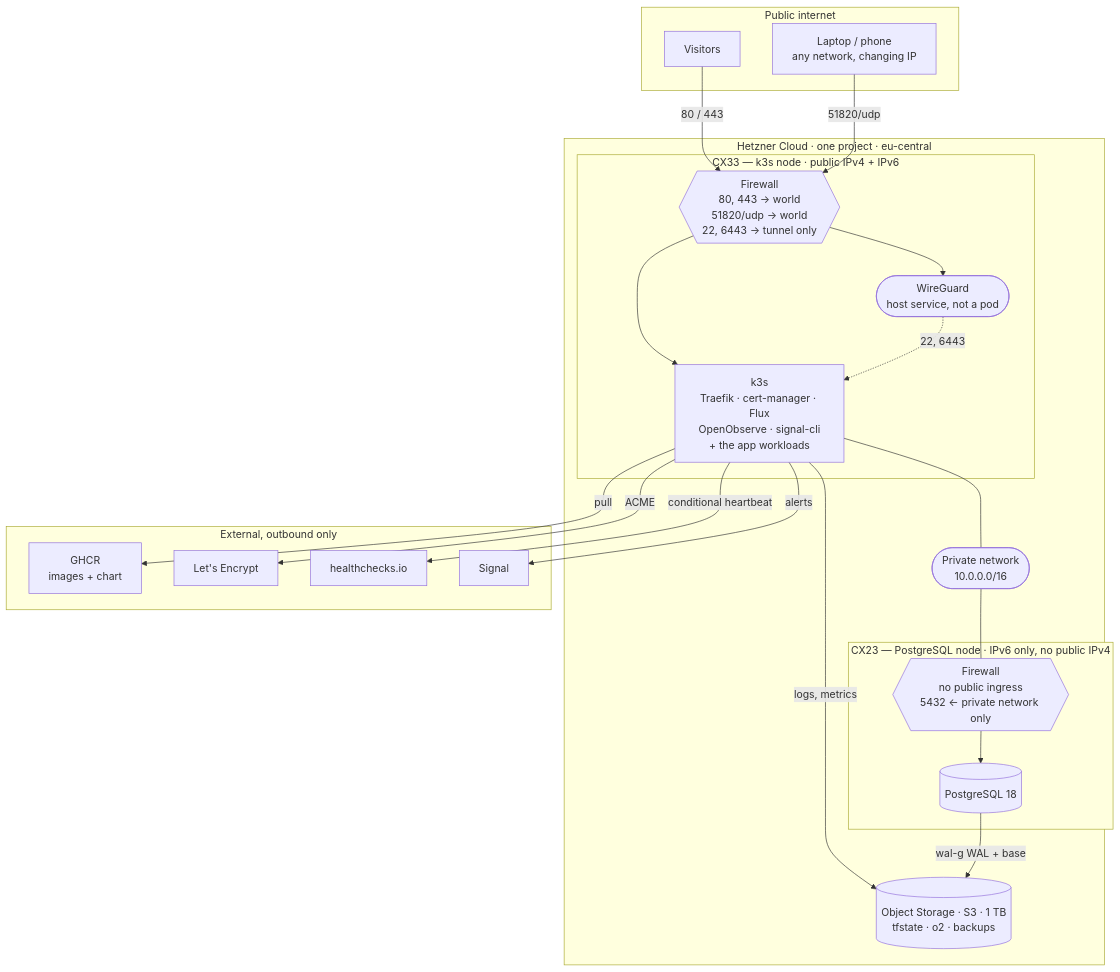
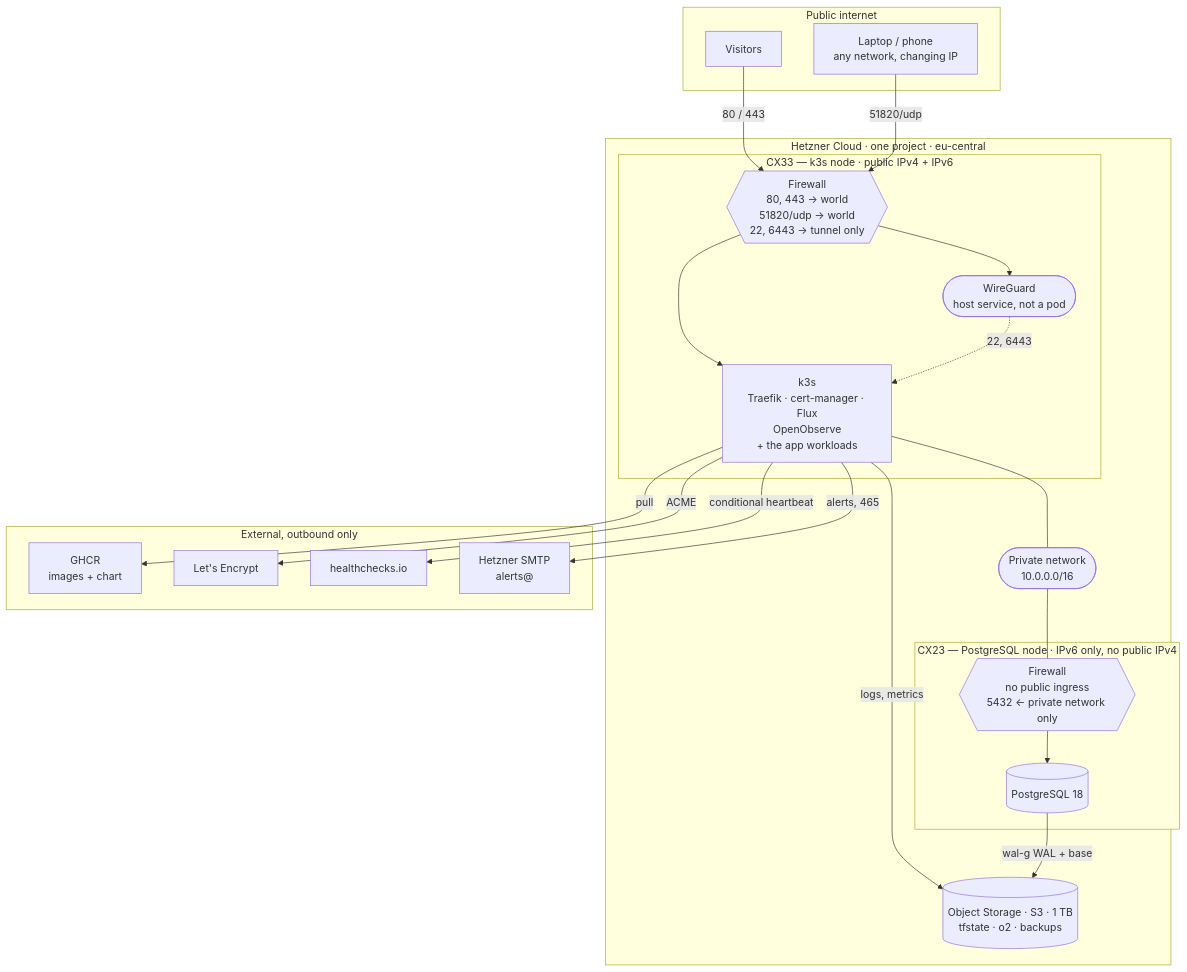
Before and after one commit to enorm-labs/event-junkie: the first of 4 diagrams in docs/ops/PLATFORM_SETUP.md, drawn with Mermaid. The commit also changed other lines of this file and 25 other files, not shown here.

````diff
--- a/docs/ops/PLATFORM_SETUP.md
+++ b/docs/ops/PLATFORM_SETUP.md
@@ -43,43 +43,43 @@
 ```mermaid
 flowchart TB
     subgraph net["Public internet"]
         vis["Visitors"]
         dev["Laptop / phone<br/>any network, changing IP"]
     end
 
     subgraph hz["Hetzner Cloud · one project · eu-central"]
         subgraph n1["CX33 — k3s node · public IPv4 + IPv6"]
             f1{{"Firewall<br/>80, 443 → world<br/>51820/udp → world<br/>22, 6443 → tunnel only"}}
             wg(["WireGuard<br/>host service, not a pod"])
-            k3s["k3s<br/>Traefik · cert-manager · Flux<br/>OpenObserve · signal-cli<br/>+ the app workloads"]
+            k3s["k3s<br/>Traefik · cert-manager · Flux<br/>OpenObserve<br/>+ the app workloads"]
         end
         subgraph n2["CX23 — PostgreSQL node · IPv6 only, no public IPv4"]
             f2{{"Firewall<br/>no public ingress<br/>5432 ← private network only"}}
             pg[("PostgreSQL 18")]
         end
         pn(["Private network<br/>10.0.0.0/16"])
         os[("Object Storage · S3 · 1 TB<br/>tfstate · o2 · backups")]
     end
 
     subgraph ext["External, outbound only"]
         ghcr["GHCR<br/>images + chart"]
         le["Let's Encrypt"]
         hc["healthchecks.io"]
-        sg["Signal"]
+        sm["Hetzner SMTP<br/>alerts@"]
     end
 
     vis -->|"80 / 443"| f1
     dev -->|"51820/udp"| f1
     f1 --> wg
     f1 --> k3s
     wg -.->|"22, 6443"| k3s
     k3s --- pn
     pn --- f2
     f2 --> pg
     k3s -->|"logs, metrics"| os
     pg -->|"wal-g WAL + base"| os
     k3s -->|"pull"| ghcr
     k3s -->|"ACME"| le
     k3s -->|"conditional heartbeat"| hc
-    k3s -->|"alerts"| sg
+    k3s -->|"alerts, 465"| sm
 ```
````
